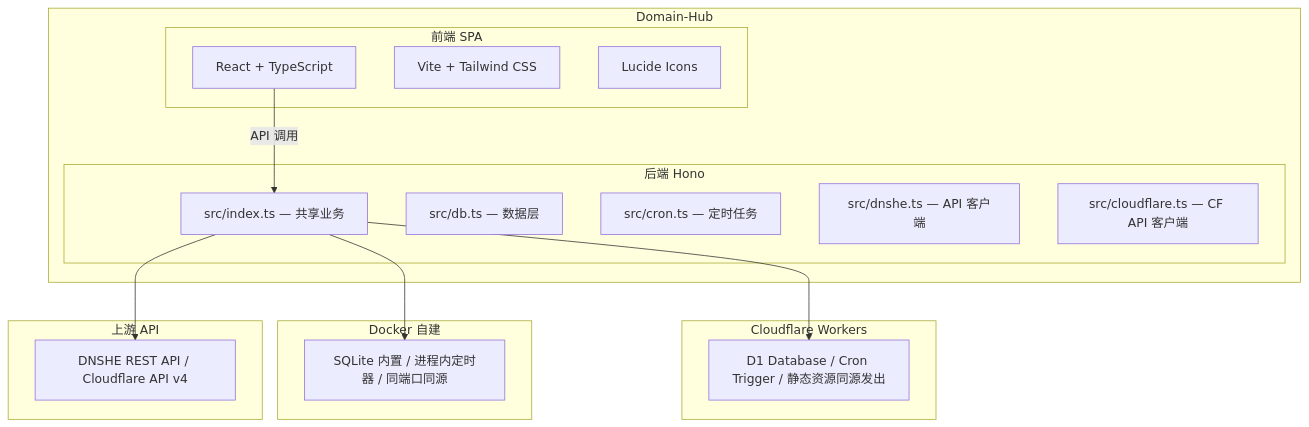
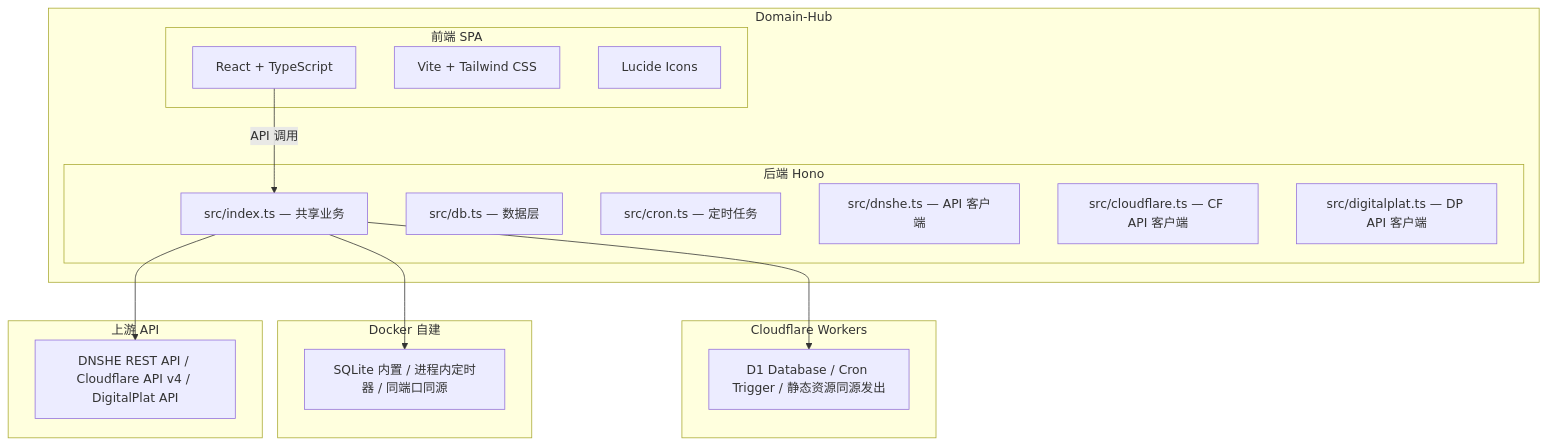
Before and after one commit to lioil522/domain-hub: the diagram in README.md, drawn with Mermaid. The commit also changed other lines of this file and 3 other files, not shown here.

````diff
--- a/README.md
+++ b/README.md
@@ -31,36 +33,37 @@
 ```mermaid
 graph TD
     subgraph Domain-Hub
         subgraph 前端 SPA
             A1["React + TypeScript"]
             A2["Vite + Tailwind CSS"]
             A3["Lucide Icons"]
         end
 
         subgraph 后端 Hono
             B1["src/index.ts — 共享业务"]
             B2["src/db.ts — 数据层"]
             B3["src/cron.ts — 定时任务"]
             B4["src/dnshe.ts — API 客户端"]
             B5["src/cloudflare.ts — CF API 客户端"]
+            B6["src/digitalplat.ts — DP API 客户端"]
         end
 
         A1 -->|API 调用| B1
     end
 
     B1 --> C1
     B1 --> C2
     B1 --> C3
 
     subgraph Cloudflare Workers
         C1["D1 Database / Cron Trigger / 静态资源同源发出"]
     end
 
     subgraph Docker 自建
         C2["SQLite 内置 / 进程内定时器 / 同端口同源"]
     end
 
     subgraph 上游 API
-        C3["DNSHE REST API / Cloudflare API v4"]
+        C3["DNSHE REST API / Cloudflare API v4 / DigitalPlat API"]
     end
 ```
````
